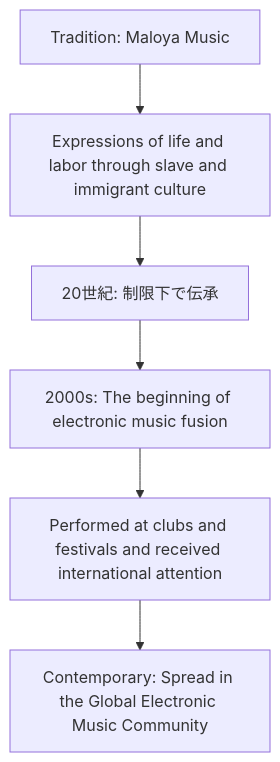
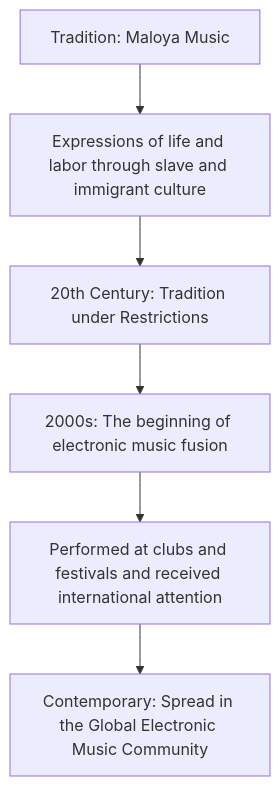
The fifth of 6 diagrams in en/_posts/2025-10-04-Column-Nyege-Nyege.md (monumental-movement/monumental-movement.github.io), drawn with Mermaid before and after one commit. The commit also changed other lines of this file and 375 other files, not shown here.

```diff
--- a/en/_posts/2025-10-04-Column-Nyege-Nyege.md
+++ b/en/_posts/2025-10-04-Column-Nyege-Nyege.md
@@ -249,10 +249,10 @@
 <div class="mermaid">
 
 flowchart TD
     A["Tradition: Maloya Music"] --> B["Expressions of life and labor through slave and immigrant culture"]
-    B --> C["20世紀: 制限下で伝承"]
+    B --> C["20th Century: Tradition under Restrictions"]
     C --> D["2000s: The beginning of electronic music fusion"]
     D --> E["Performed at clubs and festivals and received international attention"]
     E --> F["Contemporary: Spread in the Global Electronic Music Community"]
 
 </div>
```
